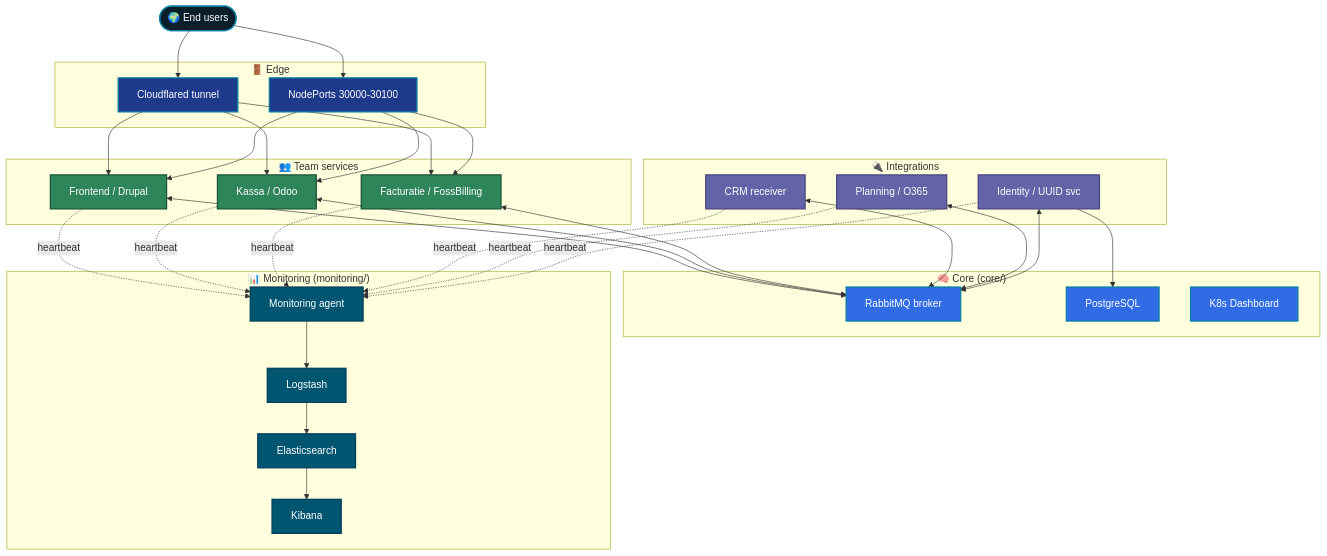
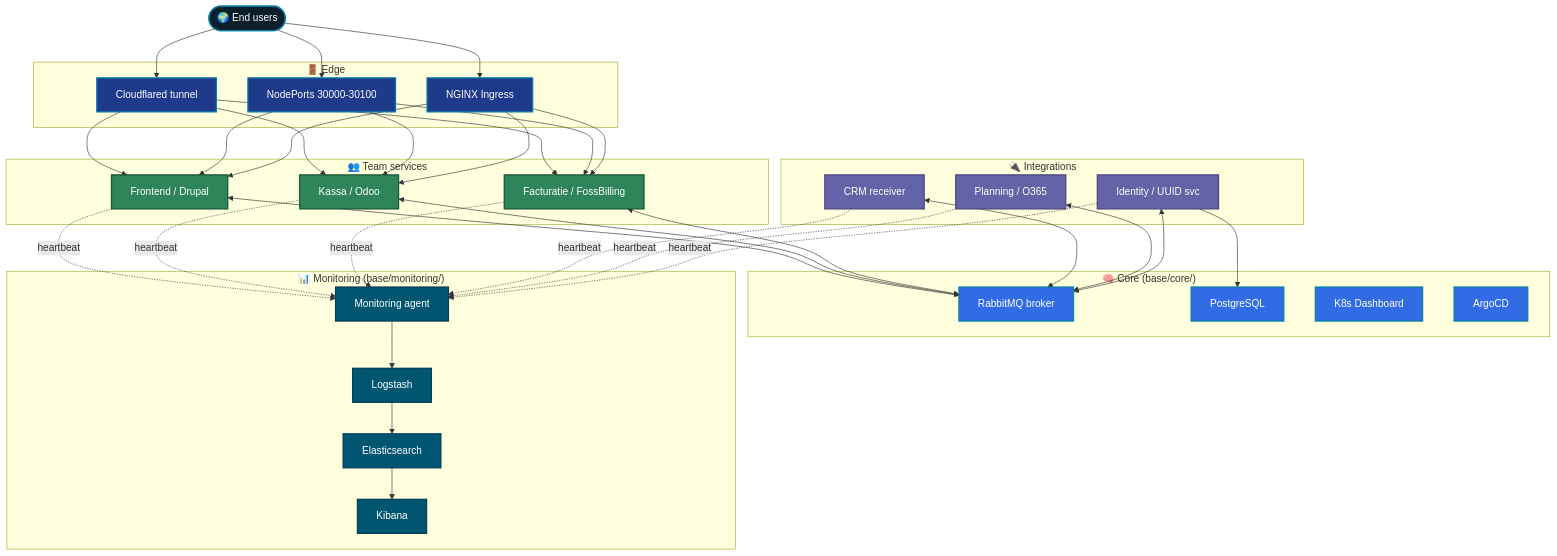
Before and after one commit to IntegrationProject-Groep1/Infra: the first of 2 diagrams in README.md, drawn with Mermaid. The commit also changed other lines of this file and 8 other files, not shown here.

````diff
--- a/README.md
+++ b/README.md
@@ -127,64 +126,64 @@
 ```mermaid
 flowchart TB
     classDef external fill:#0b1f2a,color:#fff,stroke:#0a7ea4,stroke-width:2px;
     classDef edge     fill:#1e3a8a,color:#fff,stroke:#0a7ea4,stroke-width:2px;
     classDef core     fill:#326CE5,color:#fff,stroke:#0a7ea4,stroke-width:2px;
     classDef team     fill:#2f855a,color:#fff,stroke:#1a5738,stroke-width:2px;
     classDef integ    fill:#6264a7,color:#fff,stroke:#4a4880,stroke-width:2px;
     classDef monitor  fill:#005571,color:#fff,stroke:#004058,stroke-width:2px;
 
     USER([🌍 End users]):::external
 
     subgraph EDGE["🚪 Edge"]
         CF[Cloudflared tunnel]:::edge
+        ING[NGINX Ingress]:::edge
         NP[NodePorts 30000-30100]:::edge
     end
 
-    subgraph CORE["🧠 Core (core/)"]
+    subgraph CORE["🧠 Core (base/core/)"]
         RMQ[RabbitMQ broker]:::core
         PG[PostgreSQL]:::core
         DASH[K8s Dashboard]:::core
+        ARGO[ArgoCD]:::core
     end
 
     subgraph TEAMS["👥 Team services"]
         FE[Frontend / Drupal]:::team
         KAS[Kassa / Odoo]:::team
         FAC[Facturatie / FossBilling]:::team
     end
 
     subgraph INTEG["🔌 Integrations"]
         CRM[CRM receiver]:::integ
         PLAN[Planning / O365]:::integ
         ID[Identity / UUID svc]:::integ
     end
 
-    subgraph MON["📊 Monitoring (monitoring/)"]
+    subgraph MON["📊 Monitoring (base/monitoring/)"]
         ES[Elasticsearch]:::monitor
         LS[Logstash]:::monitor
         KB[Kibana]:::monitor
         AG[Monitoring agent]:::monitor
     end
 
-    USER --> CF
-    USER --> NP
-    CF --> FE & KAS & FAC
-    NP --> FE & KAS & FAC
+    USER --> CF & NP & ING
+    CF & NP & ING --> FE & KAS & FAC
 
     FE  <--> RMQ
     KAS <--> RMQ
     FAC <--> RMQ
     CRM <--> RMQ
     PLAN <--> RMQ
     ID  <--> RMQ
 
     ID --> PG
 
     FE  -. heartbeat .-> AG
     KAS -. heartbeat .-> AG
     FAC -. heartbeat .-> AG
     CRM -. heartbeat .-> AG
     PLAN -. heartbeat .-> AG
     ID  -. heartbeat .-> AG
 
     AG --> LS --> ES --> KB
 ```
````
